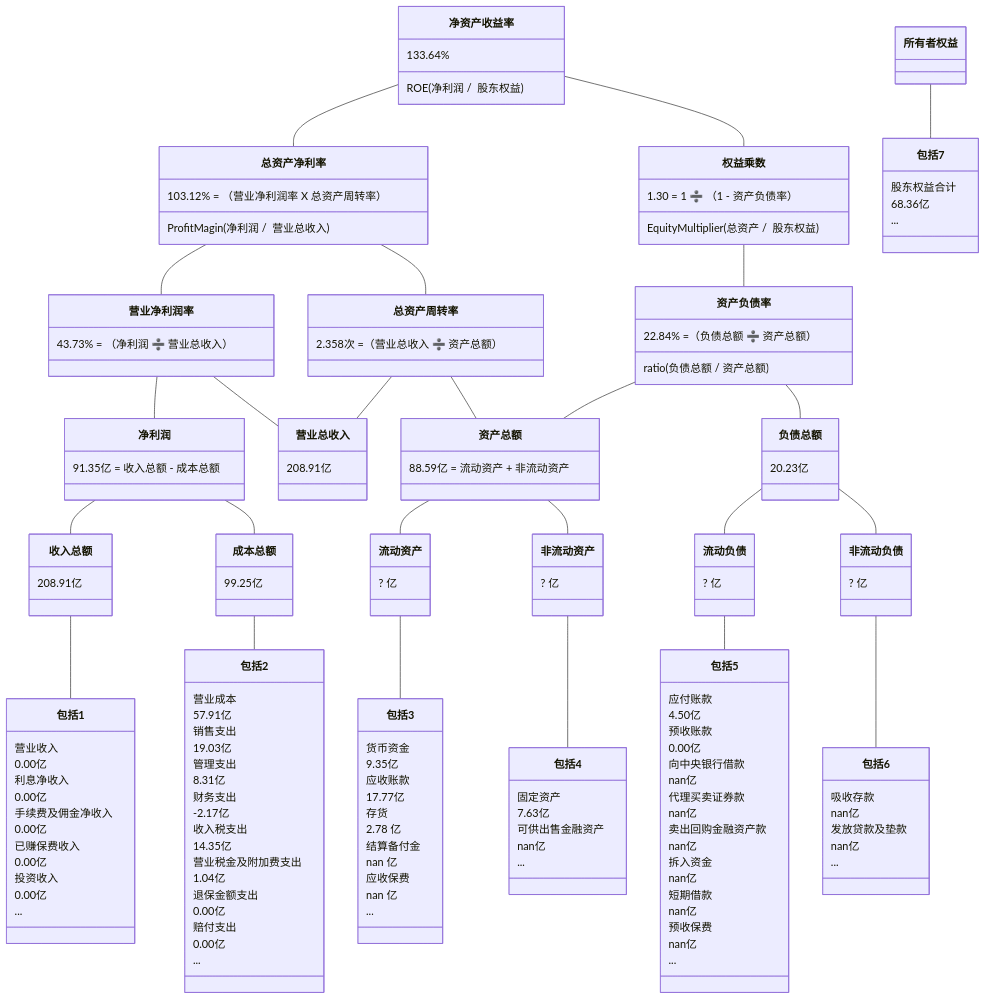
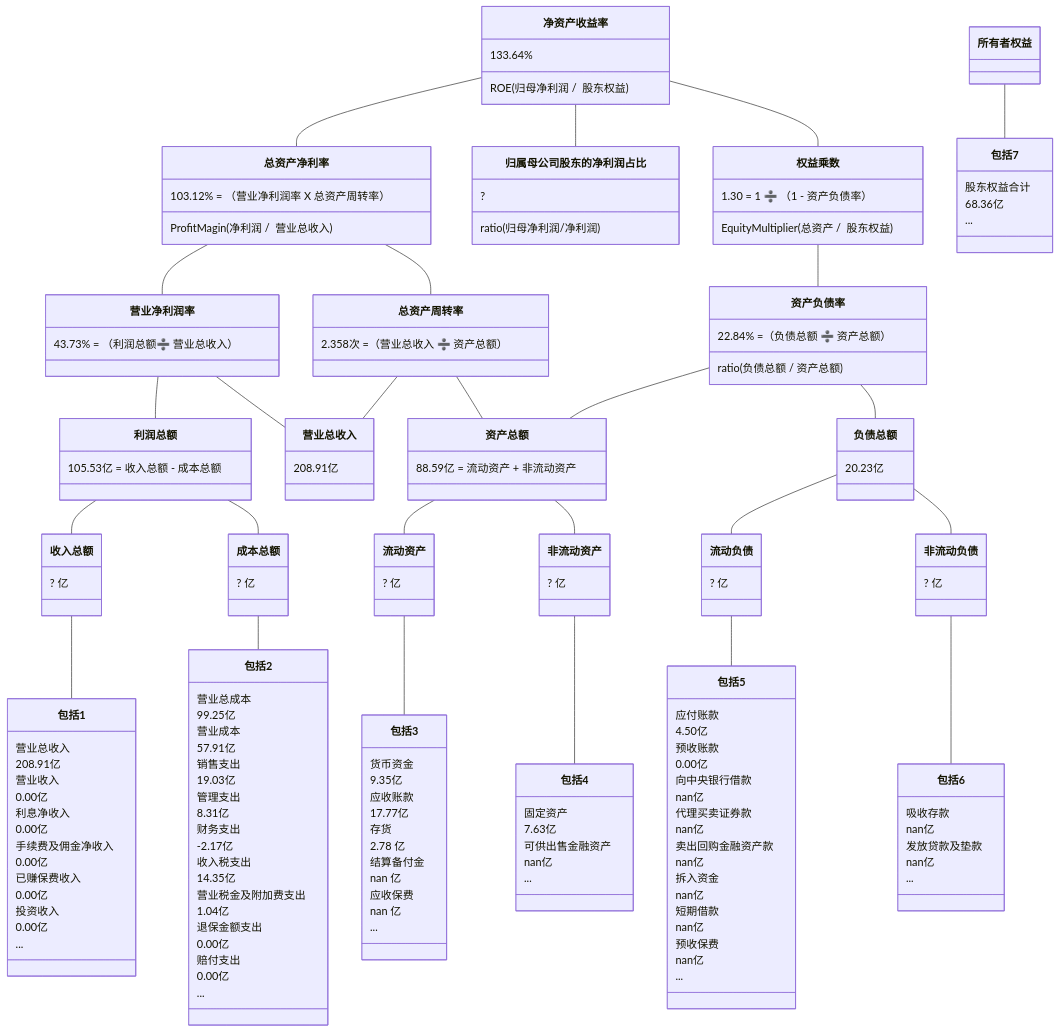
Before and after one commit to TheVeryDarkness/cs410: the eighth of 10 diagrams in 2/2.md, drawn with Mermaid. The commit also changed other lines of this file and 55 other files, not shown here.

```diff
--- a/2/2.md
+++ b/2/2.md
@@ -873,23 +922,26 @@
 classDiagram
 净资产收益率 -- 总资产净利率
     净资产收益率 : 133.64%
-    净资产收益率 : ROE(净利润 /  股东权益)
+    净资产收益率 : ROE(归母净利润 /  股东权益)
     总资产净利率 : 103.12% = （营业净利润率 X 总资产周转率）
     总资产净利率 : ProfitMagin(净利润 /  营业总收入)
+净资产收益率 -- 归属母公司股东的净利润占比
+	归属母公司股东的净利润占比 : ?
+	归属母公司股东的净利润占比 : ratio(归母净利润/净利润)
 净资产收益率 -- 权益乘数
     权益乘数 : 1.30 = 1 ➗ （1 - 资产负债率）
     权益乘数 : EquityMultiplier(总资产 /  股东权益)
     
 总资产净利率 -- 营业净利润率
-    营业净利润率 : 43.73% = （净利润 ➗ 营业总收入）
+    营业净利润率 : 43.73% = （利润总额➗ 营业总收入）
 总资产净利率 -- 总资产周转率
     总资产周转率 : 2.358次 =（营业总收入 ➗ 资产总额）
 权益乘数 -- 资产负债率
     资产负债率  : 22.84% =（负债总额 ➗ 资产总额）
     资产负债率  : ratio(负债总额 / 资产总额)
 
-营业净利润率 -- 净利润
-    净利润 : 91.35亿 = 收入总额 - 成本总额
+营业净利润率 -- 利润总额
+   利润总额 : 105.53亿 = 收入总额 - 成本总额
 营业净利润率 -- 营业总收入
     营业总收入 : 208.91亿
 总资产周转率 -- 营业总收入
@@ -900,10 +952,10 @@
 资产负债率 -- 　资产总额
 
 
-净利润 -- 收入总额
-    收入总额 : 208.91亿
-净利润 -- 成本总额
-    成本总额 : 99.25亿
+利润总额 -- 收入总额
+    收入总额 : ? 亿
+利润总额 -- 成本总额
+    成本总额 : ? 亿
 资产总额 -- 流动资产
 	流动资产 : ? 亿
 资产总额 -- 非流动资产
@@ -914,6 +966,8 @@
 	非流动负债 : ? 亿
 
 收入总额 -- 包括1
+    包括1 : 营业总收入
+    包括1 : 208.91亿
     包括1 : 营业收入
     包括1 : 0.00亿
     包括1 : 利息净收入
@@ -926,6 +980,8 @@
     包括1 : 0.00亿
     包括1 : ...
 成本总额 -- 包括2
+    包括2 : 营业总成本
+    包括2 : 99.25亿
     包括2 : 营业成本
     包括2 : 57.91亿
     包括2 : 销售支出
```
